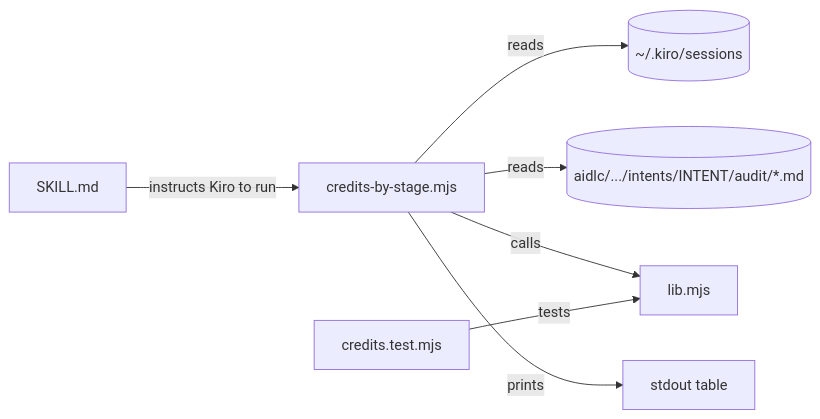
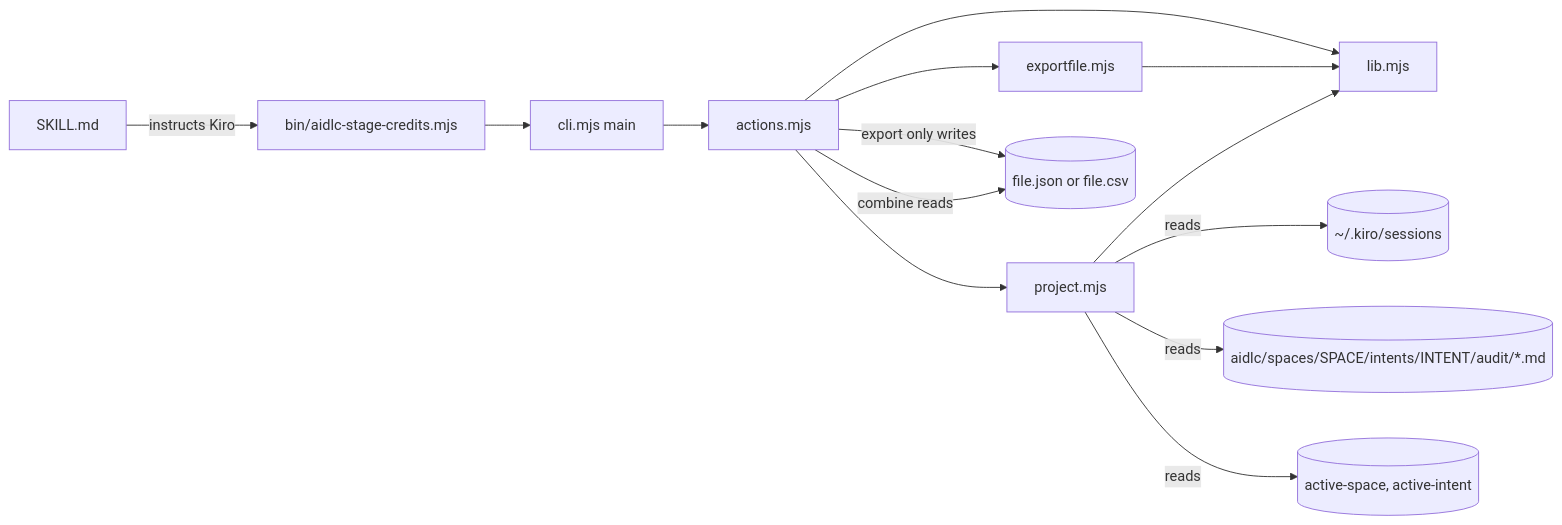
Before and after one commit to protzetter/aidlc-credit-counter: the first of 3 diagrams in aidlc/spaces/default/codekb/aidlc-credit-counter/architecture.md, drawn with Mermaid. The commit also changed other lines of this file and 41 other files, not shown here.

Commit message:
aidlc-stage-credits 1.1.0: report credits across all intents of the active space, with --intent to narrow

````diff
--- a/aidlc/spaces/default/codekb/aidlc-credit-counter/architecture.md
+++ b/aidlc/spaces/default/codekb/aidlc-credit-counter/architecture.md
@@ -11,9 +11,16 @@
 ```mermaid
 flowchart LR
-  Skill[SKILL.md] -->|instructs Kiro to run| CLI[credits-by-stage.mjs]
-  CLI -->|reads| Sessions[(~/.kiro/sessions)]
-  CLI -->|reads| Audit[(aidlc/.../intents/INTENT/audit/*.md)]
-  CLI -->|calls| Lib[lib.mjs]
-  Tests[credits.test.mjs] -->|tests| Lib
-  CLI -->|prints| Out[stdout table]
+  Skill[SKILL.md] -->|instructs Kiro| Bin[bin/aidlc-stage-credits.mjs]
+  Bin --> Cli[cli.mjs main]
+  Cli --> Act[actions.mjs]
+  Act --> Proj[project.mjs]
+  Act --> Lib[lib.mjs]
+  Act --> Exp[exportfile.mjs]
+  Exp --> Lib
+  Proj --> Lib
+  Proj -->|reads| Sessions[(~/.kiro/sessions)]
+  Proj -->|reads| Audit[(aidlc/spaces/SPACE/intents/INTENT/audit/*.md)]
+  Proj -->|reads| Active[(active-space, active-intent)]
+  Act -->|export only writes| File[(file.json or file.csv)]
+  Act -->|combine reads| File
 ```
````
